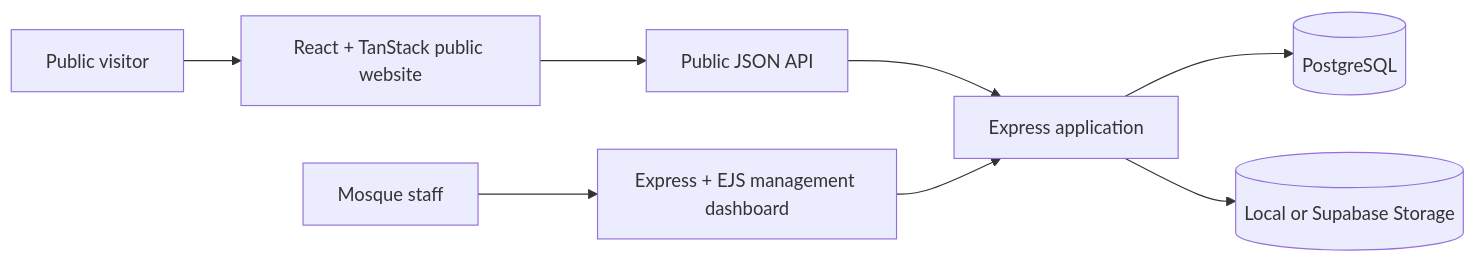
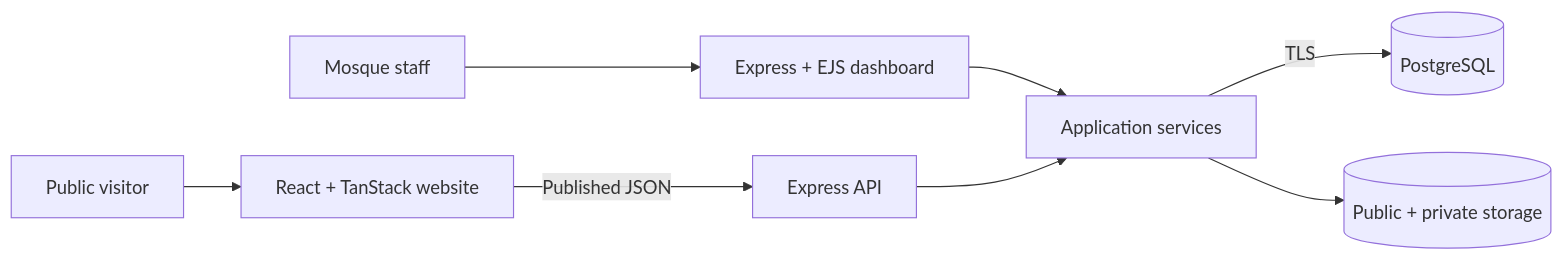
The first of 2 diagrams in README.md (EganStark/mosque_management_system_bd), drawn with Mermaid before and after one commit. The commit also changed other lines of this file and 1 other file, not shown here.

````diff
--- a/README.md
+++ b/README.md
@@ -104,10 +122,10 @@
 ```mermaid
 flowchart LR
-    Visitor[Public visitor] --> Web[React + TanStack public website]
-    Staff[Mosque staff] --> Admin[Express + EJS management dashboard]
-    Web --> API[Public JSON API]
-    API --> Server[Express application]
-    Admin --> Server
-    Server --> DB[(PostgreSQL)]
-    Server --> Storage[(Local or Supabase Storage)]
+    Visitor[Public visitor] --> Web[React + TanStack website]
+    Staff[Mosque staff] --> Admin[Express + EJS dashboard]
+    Web -->|Published JSON| API[Express API]
+    Admin --> Server[Application services]
+    API --> Server
+    Server -->|TLS| DB[(PostgreSQL)]
+    Server --> Storage[(Public + private storage)]
 ```
````
